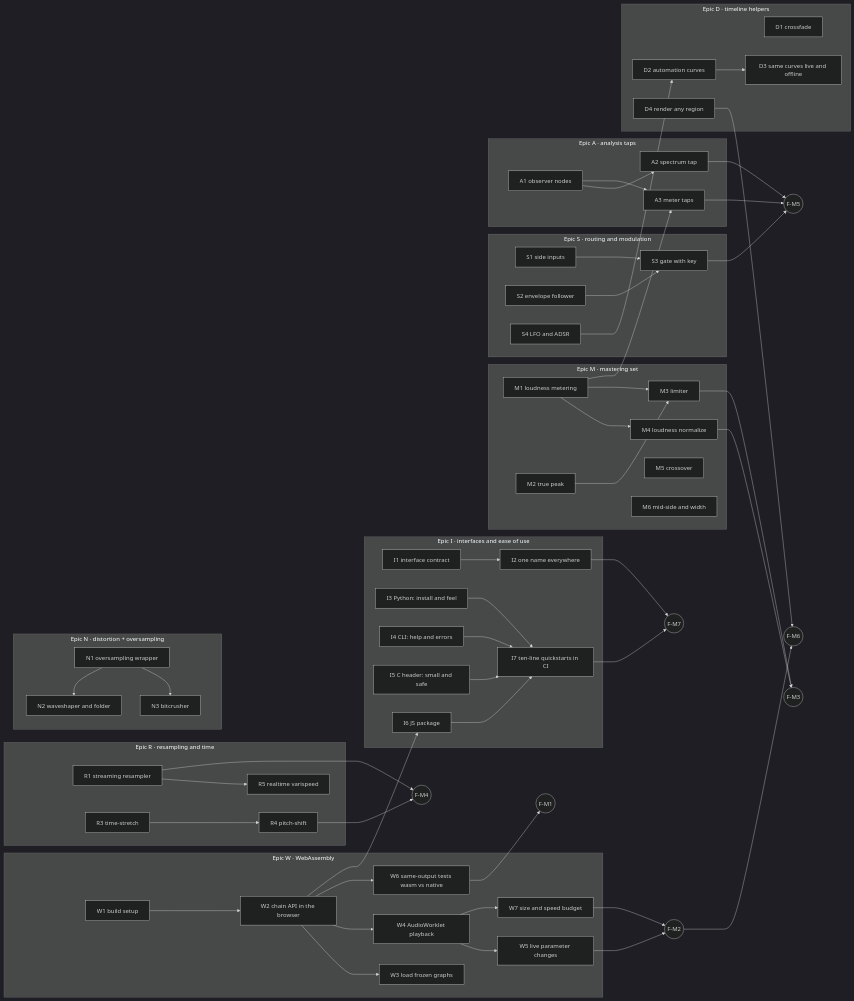
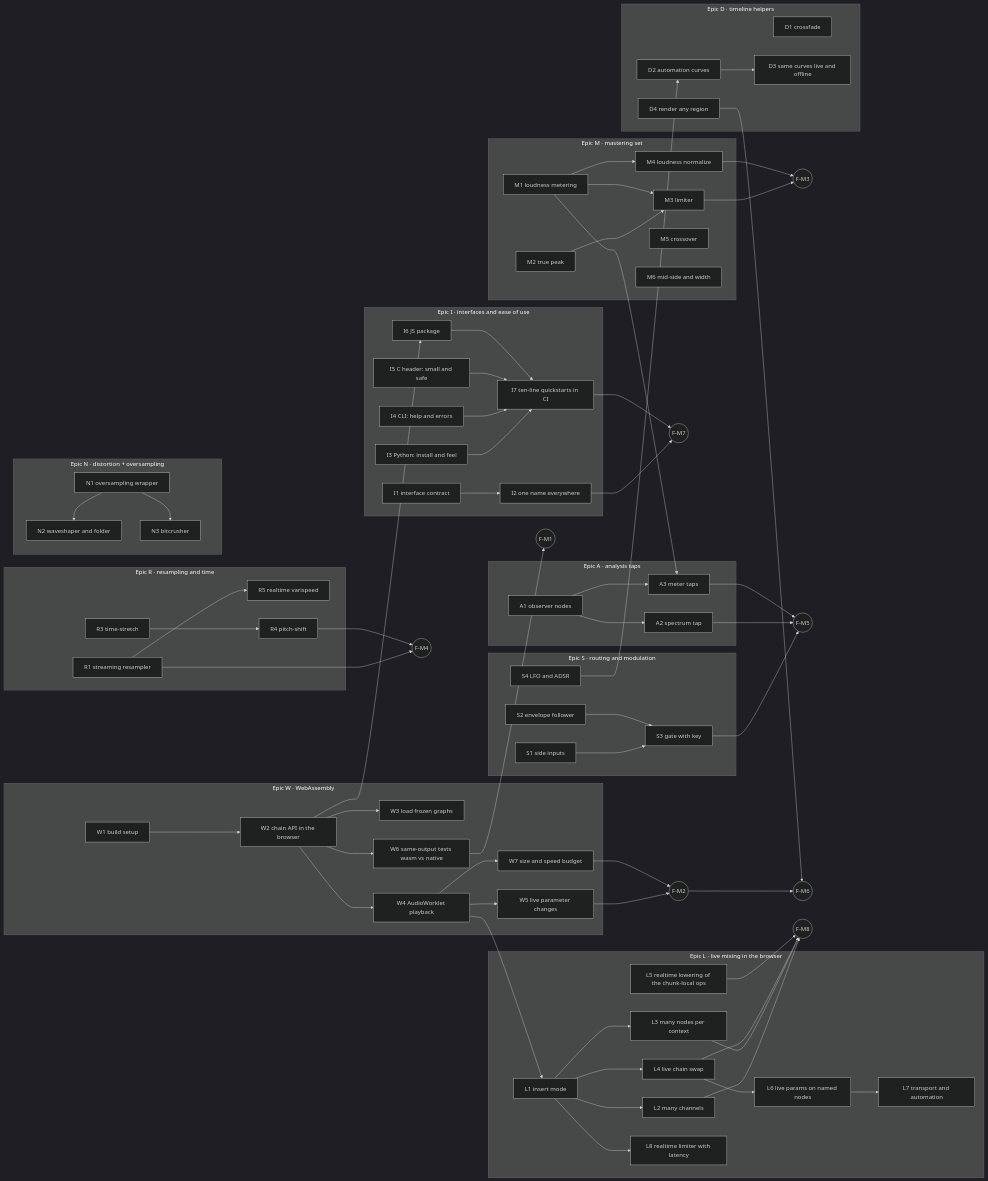
The diagram in ROADMAP.md (matteospanio/fluxion), drawn with Mermaid (dark theme) before and after one commit. The commit also changed other lines of this file, not shown here.

Commit message:
roadmap: Epic L, live mixing in the browser (F-M8)

````diff
--- a/ROADMAP.md
+++ b/ROADMAP.md
@@ -87,6 +87,15 @@
         N1[N1 oversampling wrapper] --> N2[N2 waveshaper and folder]
         N1 --> N3[N3 bitcrusher]
     end
+    subgraph L["Epic L · live mixing in the browser"]
+        L1[L1 insert mode] --> L2[L2 many channels]
+        L1 --> L3[L3 many nodes per context]
+        L1 --> L4[L4 live chain swap]
+        L5[L5 realtime lowering of the chunk-local ops]
+        L4 --> L6[L6 live params on named nodes]
+        L6 --> L7[L7 transport and automation]
+        L1 --> L8[L8 realtime limiter with latency]
+    end
     subgraph D["Epic D · timeline helpers"]
         D1[D1 crossfade]
         D2[D2 automation curves] --> D3[D3 same curves live and offline]
@@ -113,4 +122,9 @@
     A3 --> FM5
     D4 --> FM6((F-M6))
     FM2 --> FM6
+    W4 --> L1
+    L2 --> FM8((F-M8))
+    L3 --> FM8
+    L4 --> FM8
+    L5 --> FM8
 ```
````
